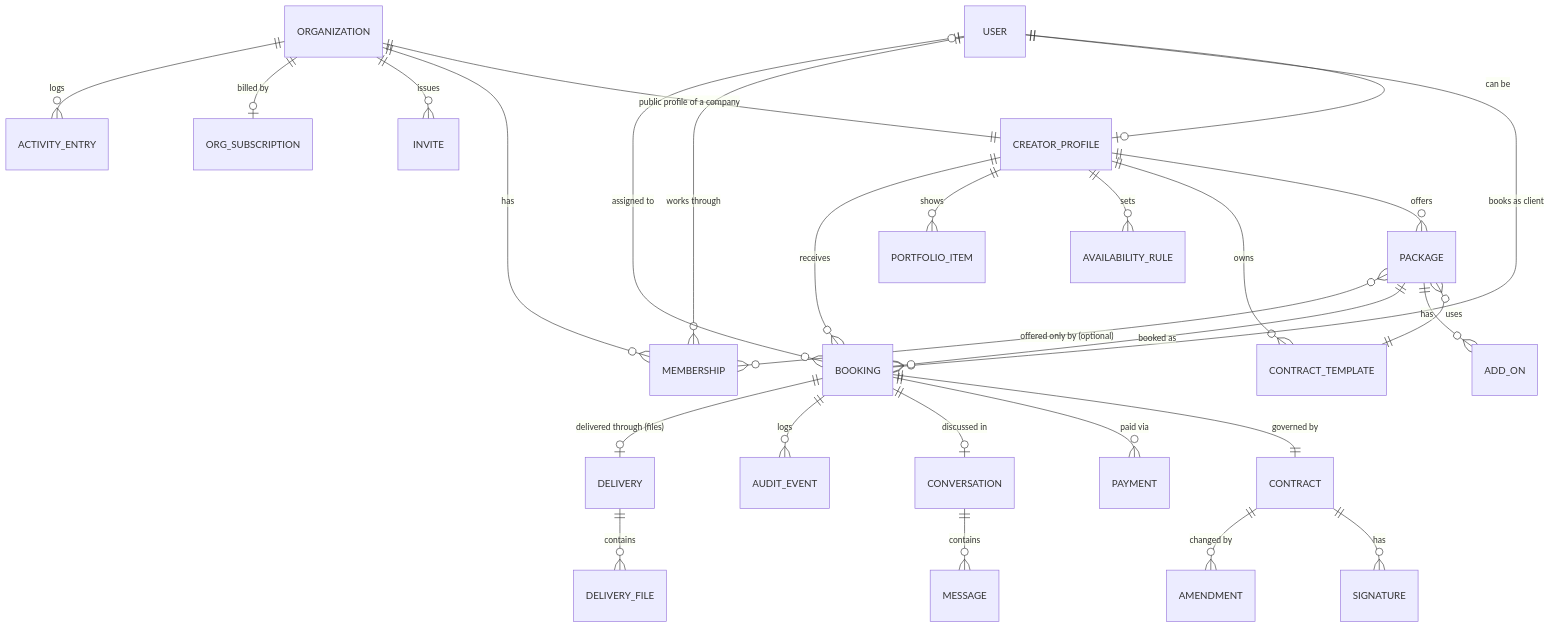
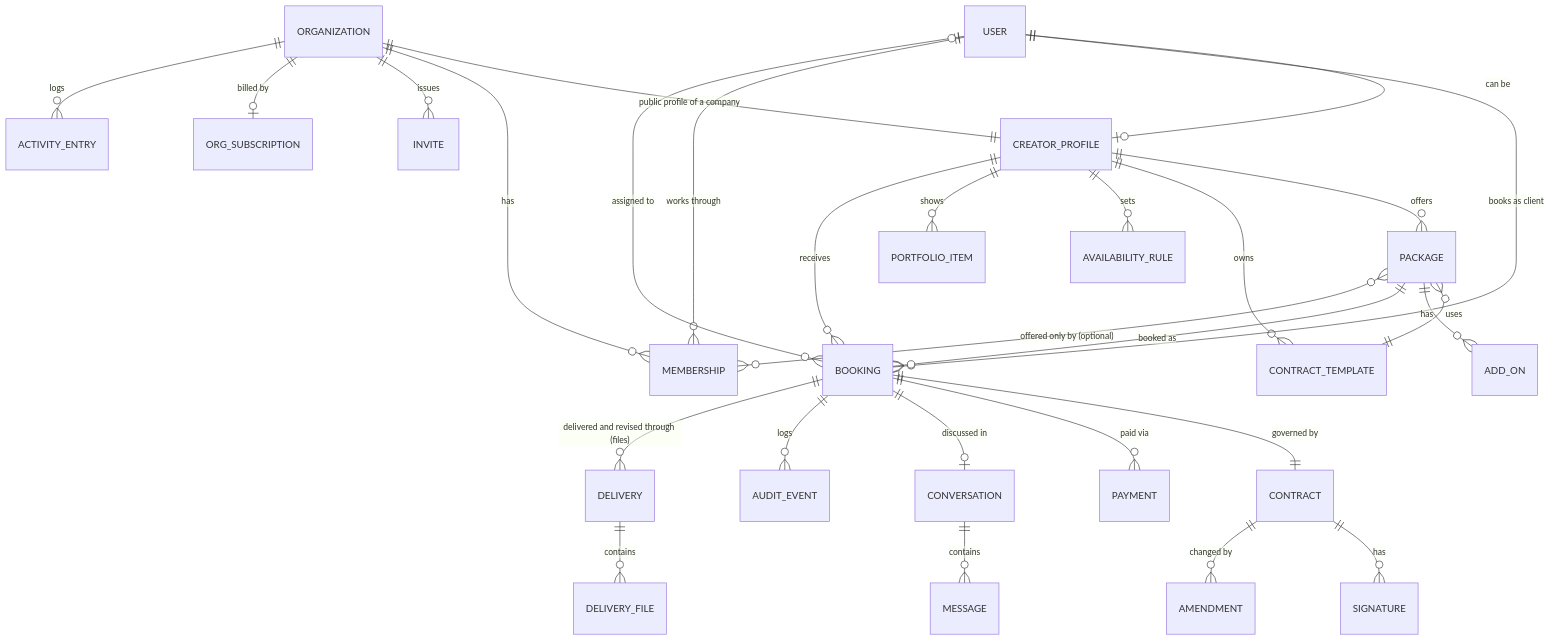
Before and after one commit to mikenaz5/first-one: the first of 2 diagrams in SPEC.md, drawn with Mermaid. The commit also changed other lines of this file, not shown here.

First line of the commit message:
Spec revisions: a second delivery form with no paywall

````diff
--- a/SPEC.md
+++ b/SPEC.md
@@ -350,30 +355,30 @@
 ```mermaid
 erDiagram
     USER ||--o| CREATOR_PROFILE : "can be"
     CREATOR_PROFILE ||--o{ PACKAGE : offers
     CREATOR_PROFILE ||--o{ CONTRACT_TEMPLATE : owns
     CREATOR_PROFILE ||--o{ AVAILABILITY_RULE : sets
     CREATOR_PROFILE ||--o{ PORTFOLIO_ITEM : shows
     PACKAGE }o--|| CONTRACT_TEMPLATE : uses
     PACKAGE ||--o{ ADD_ON : has
     USER ||--o{ BOOKING : "books as client"
     CREATOR_PROFILE ||--o{ BOOKING : receives
     PACKAGE ||--o{ BOOKING : "booked as"
     BOOKING ||--|| CONTRACT : "governed by"
     CONTRACT ||--o{ SIGNATURE : has
     CONTRACT ||--o{ AMENDMENT : "changed by"
     BOOKING ||--o{ PAYMENT : "paid via"
     BOOKING ||--o| CONVERSATION : "discussed in"
     CONVERSATION ||--o{ MESSAGE : contains
     BOOKING ||--o{ AUDIT_EVENT : logs
     ORGANIZATION ||--|| CREATOR_PROFILE : "public profile of a company"
     ORGANIZATION ||--o{ MEMBERSHIP : has
     USER ||--o{ MEMBERSHIP : "works through"
     ORGANIZATION ||--o{ INVITE : issues
     ORGANIZATION ||--o| ORG_SUBSCRIPTION : "billed by"
     ORGANIZATION ||--o{ ACTIVITY_ENTRY : logs
     PACKAGE }o--o{ MEMBERSHIP : "offered only by (optional)"
     BOOKING }o--o| USER : "assigned to"
-    BOOKING ||--o| DELIVERY : "delivered through (files)"
+    BOOKING ||--o{ DELIVERY : "delivered and revised through (files)"
     DELIVERY ||--o{ DELIVERY_FILE : contains
 ```
````
